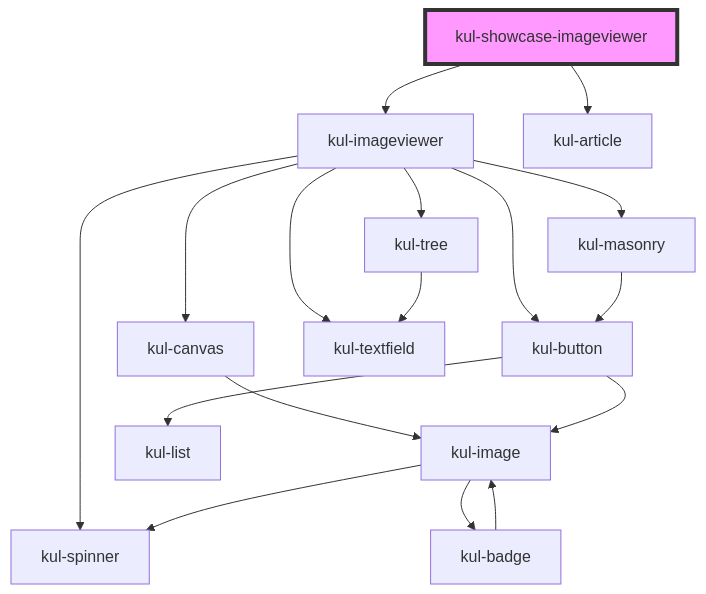
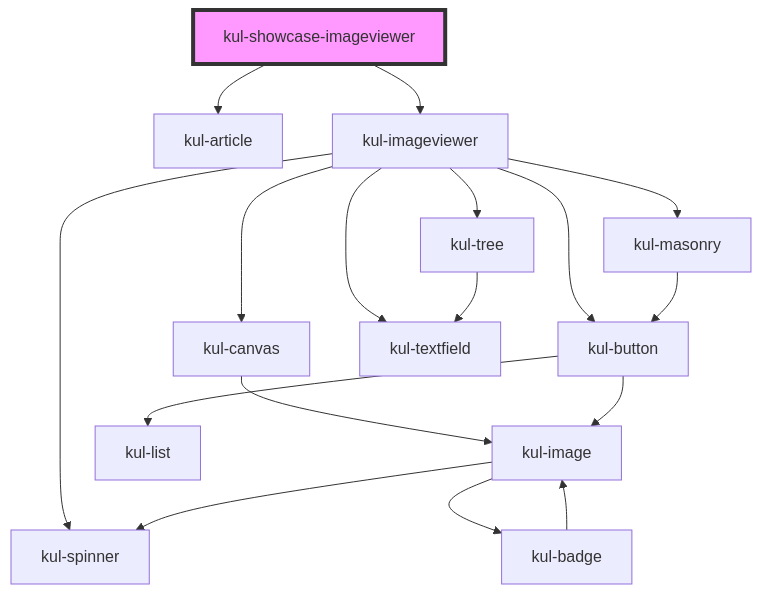
The diagram in packages/ketchup-lite/src/components/kul-showcase/components/imageviewer/readme.md (lucafoscili/ketchup-lite), drawn with Mermaid before and after one commit. The commit also changed other lines of this file and 46 other files, not shown here.

````diff
--- a/packages/ketchup-lite/src/components/kul-showcase/components/imageviewer/readme.md
+++ b/packages/ketchup-lite/src/components/kul-showcase/components/imageviewer/readme.md
@@ -27,20 +24,20 @@
 ```mermaid
 graph TD;
+  kul-showcase-imageviewer --> kul-article
   kul-showcase-imageviewer --> kul-imageviewer
-  kul-showcase-imageviewer --> kul-article
   kul-imageviewer --> kul-canvas
   kul-imageviewer --> kul-button
   kul-imageviewer --> kul-spinner
   kul-imageviewer --> kul-masonry
   kul-imageviewer --> kul-textfield
   kul-imageviewer --> kul-tree
   kul-canvas --> kul-image
   kul-image --> kul-spinner
   kul-image --> kul-badge
   kul-badge --> kul-image
   kul-button --> kul-image
   kul-button --> kul-list
   kul-masonry --> kul-button
   kul-tree --> kul-textfield
   style kul-showcase-imageviewer fill:#f9f,stroke:#333,stroke-width:4px
 ```
````
